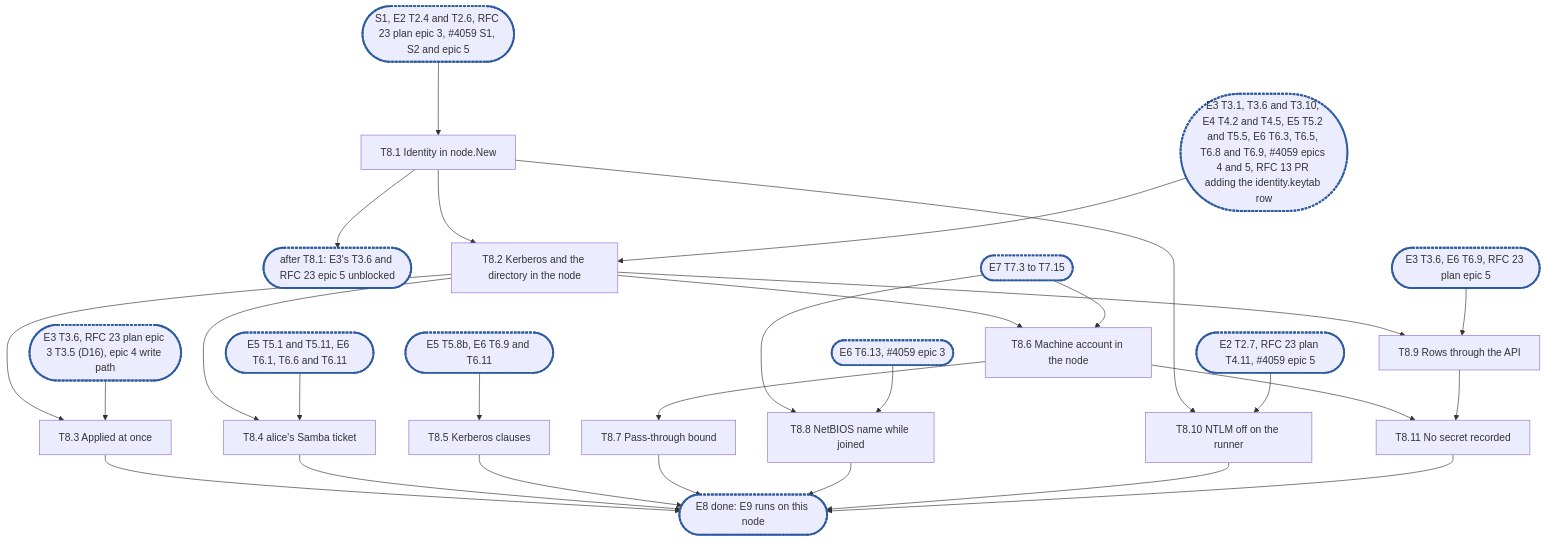
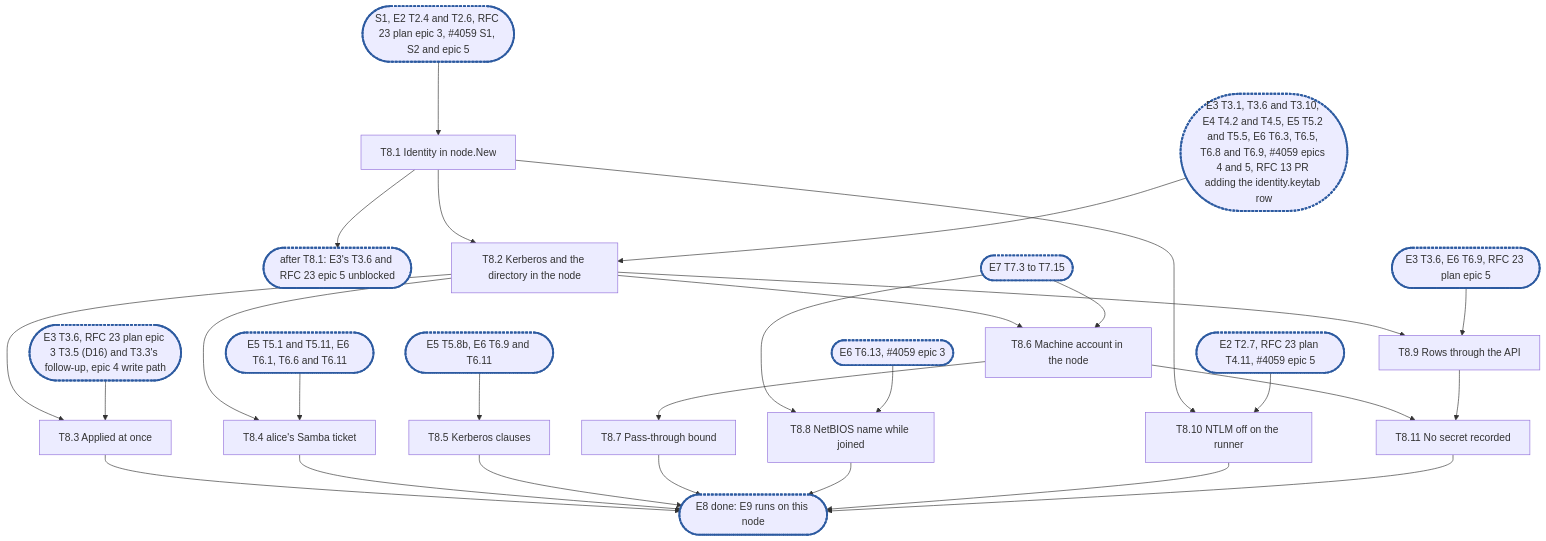
One commit to cubbit/dittofs changed the diagram in docs/internals/planning/rfc-18-identity-epic8.md. Above: the diagram before and after it, drawn with Mermaid. The commit also changed other lines of this file, not shown here.

Commit message:
docs(planning): E8's Applied comes from RFC 23's T3.3 follow-up, and steps join operationSteps

````diff
--- a/docs/internals/planning/rfc-18-identity-epic8.md
+++ b/docs/internals/planning/rfc-18-identity-epic8.md
@@ -637,24 +640,24 @@
 ```mermaid
 flowchart TD
   X1(["S1, E2 T2.4 and T2.6, RFC 23 plan epic 3, #4059 S1, S2 and epic 5"]):::sync --> T8_1["T8.1 Identity in node.New"]
   T8_1 --> C0(["after T8.1: E3's T3.6 and RFC 23 epic 5 unblocked"]):::sync
   T8_1 --> T8_2["T8.2 Kerberos and the directory in the node"]
   X2(["E3 T3.1, T3.6 and T3.10, E4 T4.2 and T4.5, E5 T5.2 and T5.5, E6 T6.3, T6.5, T6.8 and T6.9, #4059 epics 4 and 5, RFC 13 PR adding the identity.keytab row"]):::sync --> T8_2
   T8_2 --> T8_3["T8.3 Applied at once"]
-  X3(["E3 T3.6, RFC 23 plan epic 3 T3.5 (D16), epic 4 write path"]):::sync --> T8_3
+  X3(["E3 T3.6, RFC 23 plan epic 3 T3.5 (D16) and T3.3's follow-up, epic 4 write path"]):::sync --> T8_3
   T8_2 --> T8_4["T8.4 alice's Samba ticket"]
   X4(["E5 T5.1 and T5.11, E6 T6.1, T6.6 and T6.11"]):::sync --> T8_4
   X5(["E5 T5.8b, E6 T6.9 and T6.11"]):::sync --> T8_5["T8.5 Kerberos clauses"]
   T8_2 --> T8_6["T8.6 Machine account in the node"]
   X6(["E7 T7.3 to T7.15"]):::sync --> T8_6
   T8_6 --> T8_7["T8.7 Pass-through bound"]
   X6 --> T8_8["T8.8 NetBIOS name while joined"]
   X7(["E6 T6.13, #4059 epic 3"]):::sync --> T8_8
   T8_2 --> T8_9["T8.9 Rows through the API"]
   X8(["E3 T3.6, E6 T6.9, RFC 23 plan epic 5"]):::sync --> T8_9
   T8_1 --> T8_10["T8.10 NTLM off on the runner"]
   X9(["E2 T2.7, RFC 23 plan T4.11, #4059 epic 5"]):::sync --> T8_10
   T8_6 & T8_9 --> T8_11["T8.11 No secret recorded"]
   T8_3 & T8_4 & T8_5 & T8_7 & T8_8 & T8_10 & T8_11 --> C1(["E8 done: E9 runs on this node"]):::sync
   classDef sync stroke:#2c5aa0,stroke-width:3px,stroke-dasharray:4 2
 ```
````
